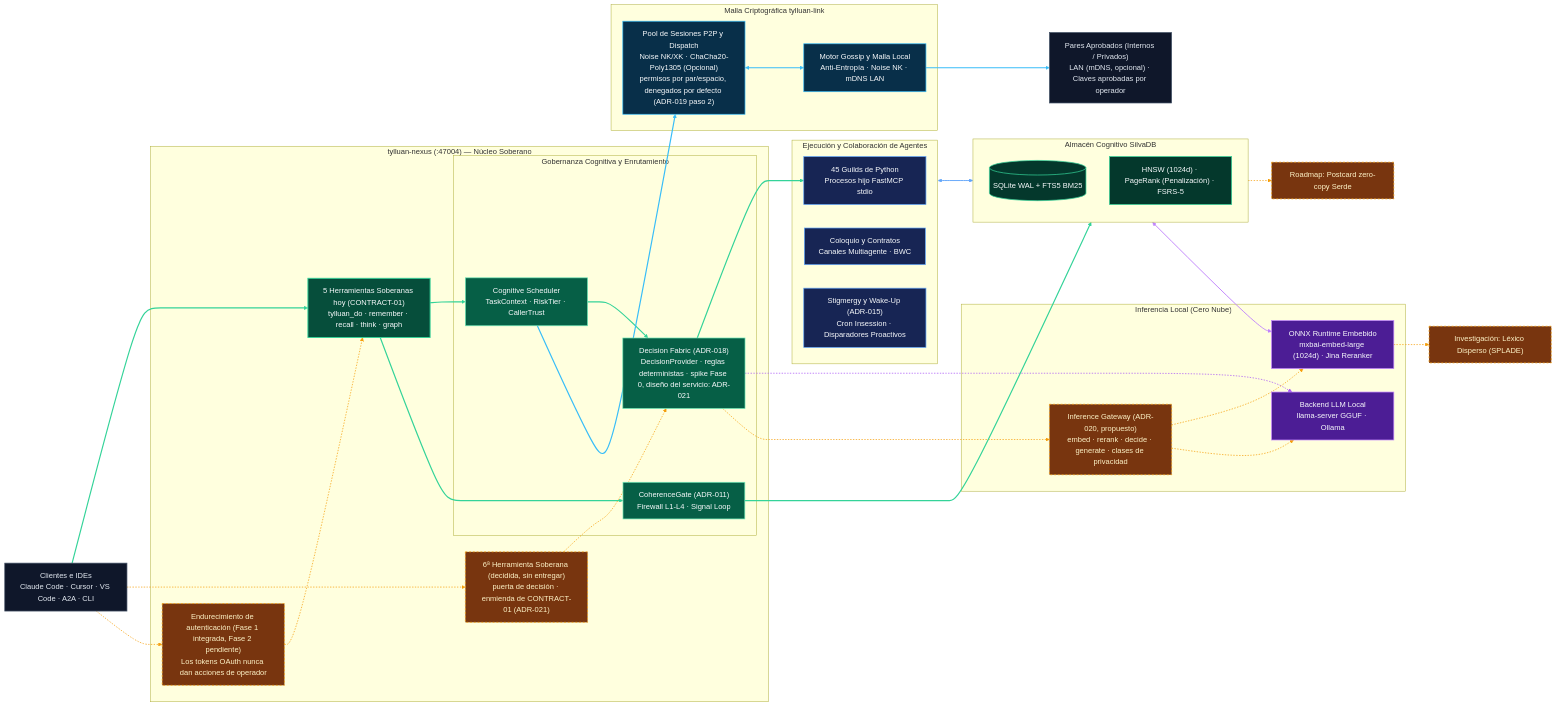
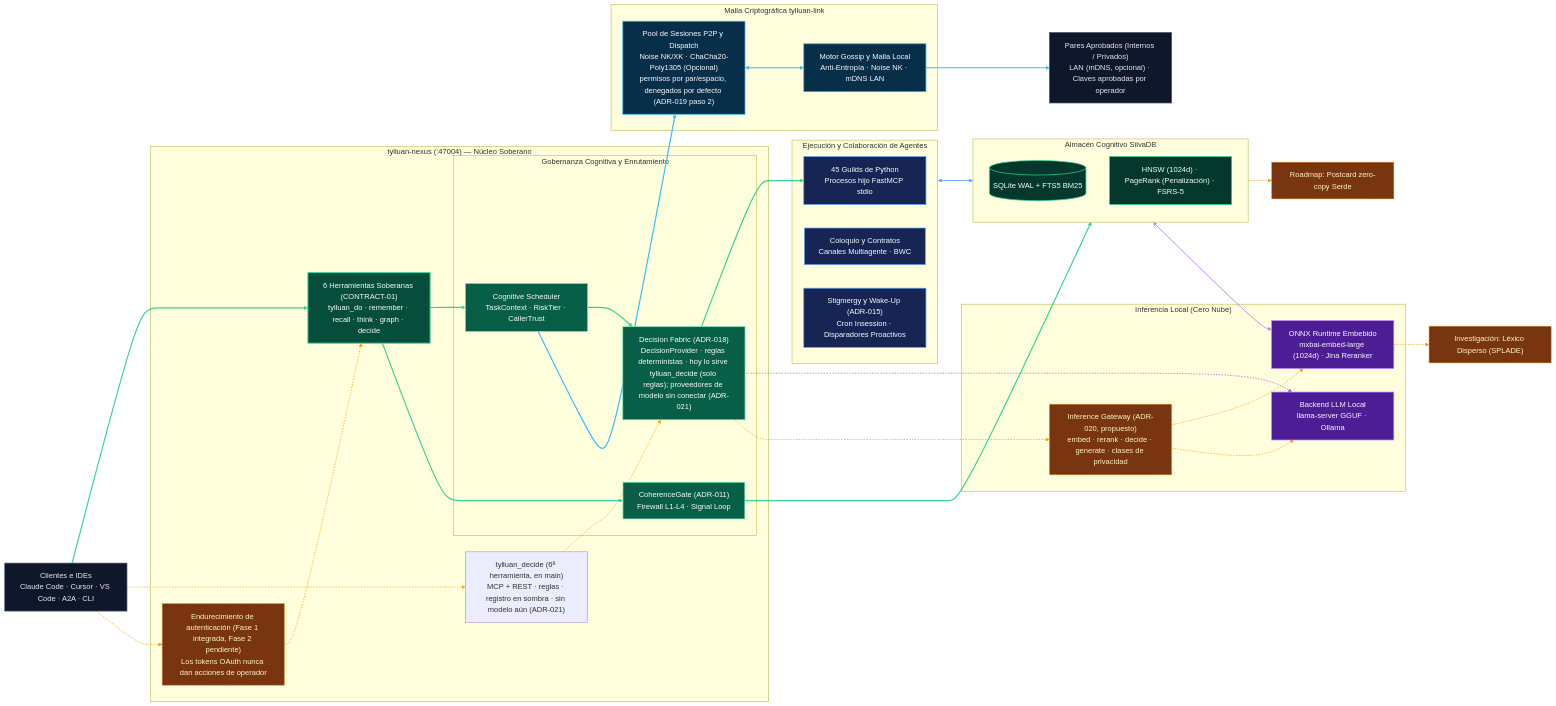
Before and after one commit to Forja-orca/tylluan: the diagram in README.es.md, drawn with Mermaid. The commit also changed other lines of this file and 34 other files, not shown here.

First line of the commit message:
docs: signal the sixth sovereign tool (tylluan_decide) across code strings, docs and diagrams

```diff
--- a/README.es.md
+++ b/README.es.md
@@ -367,13 +368,13 @@
   CLIENTS["Clientes e IDEs<br/>Claude Code · Cursor · VS Code · A2A · CLI"]
 
   subgraph SOVEREIGN["tylluan-nexus (:47004) — Núcleo Soberano"]
-    TOOLS["5 Herramientas Soberanas hoy (CONTRACT-01)<br/>tylluan_do · remember · recall · think · graph"]
-    TOOL6["6ª Herramienta Soberana (decidida, sin entregar)<br/>puerta de decisión · enmienda de CONTRACT-01 (ADR-021)"]:::future
+    TOOLS["6 Herramientas Soberanas (CONTRACT-01)<br/>tylluan_do · remember · recall · think · graph · decide"]
+    TOOL6["tylluan_decide (6ª herramienta, en main)<br/>MCP + REST · reglas · registro en sombra · sin modelo aún (ADR-021)"]
     AUTH["Endurecimiento de autenticación (Fase 1 integrada, Fase 2 pendiente)<br/>Los tokens OAuth nunca dan acciones de operador"]:::future
 
     subgraph GOVERN["Gobernanza Cognitiva y Enrutamiento"]
       SCHED["Cognitive Scheduler<br/>TaskContext · RiskTier · CallerTrust"]
-      DECIDER["Decision Fabric (ADR-018)<br/>DecisionProvider · reglas deterministas · spike Fase 0, diseño del servicio: ADR-021"]
+      DECIDER["Decision Fabric (ADR-018)<br/>DecisionProvider · reglas deterministas · hoy lo sirve tylluan_decide (solo reglas); proveedores de modelo sin conectar (ADR-021)"]
       CGATE["CoherenceGate (ADR-011)<br/>Firewall L1-L4 · Signal Loop"]
     end
   end
```
